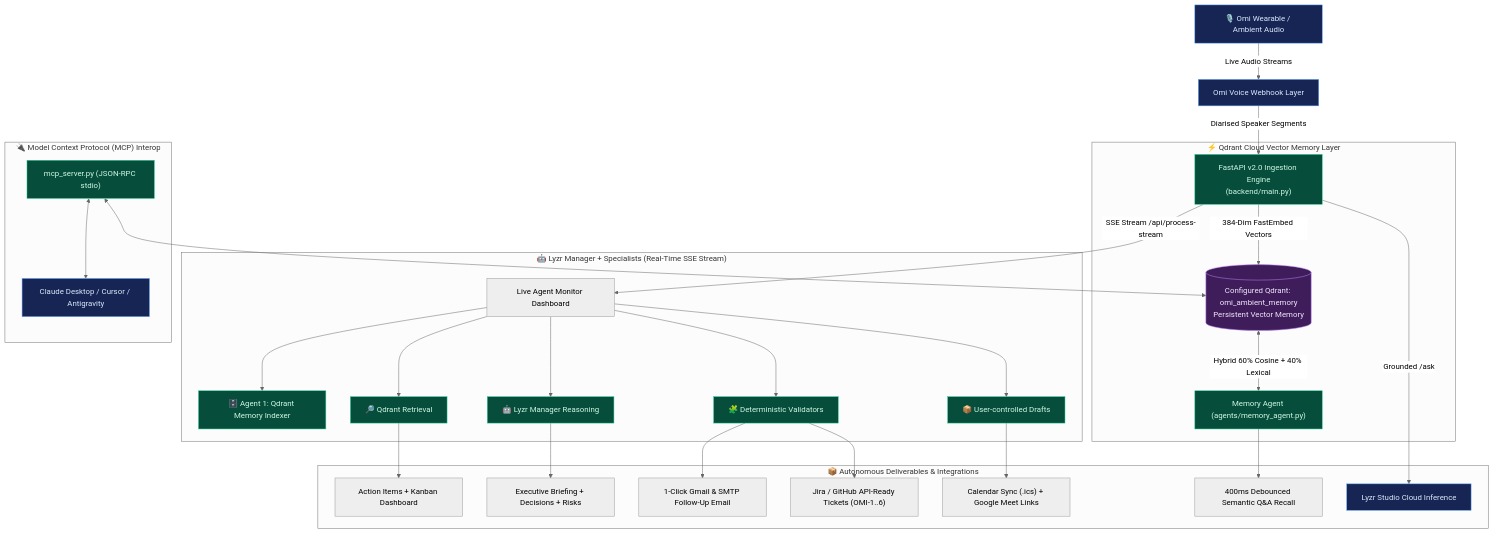
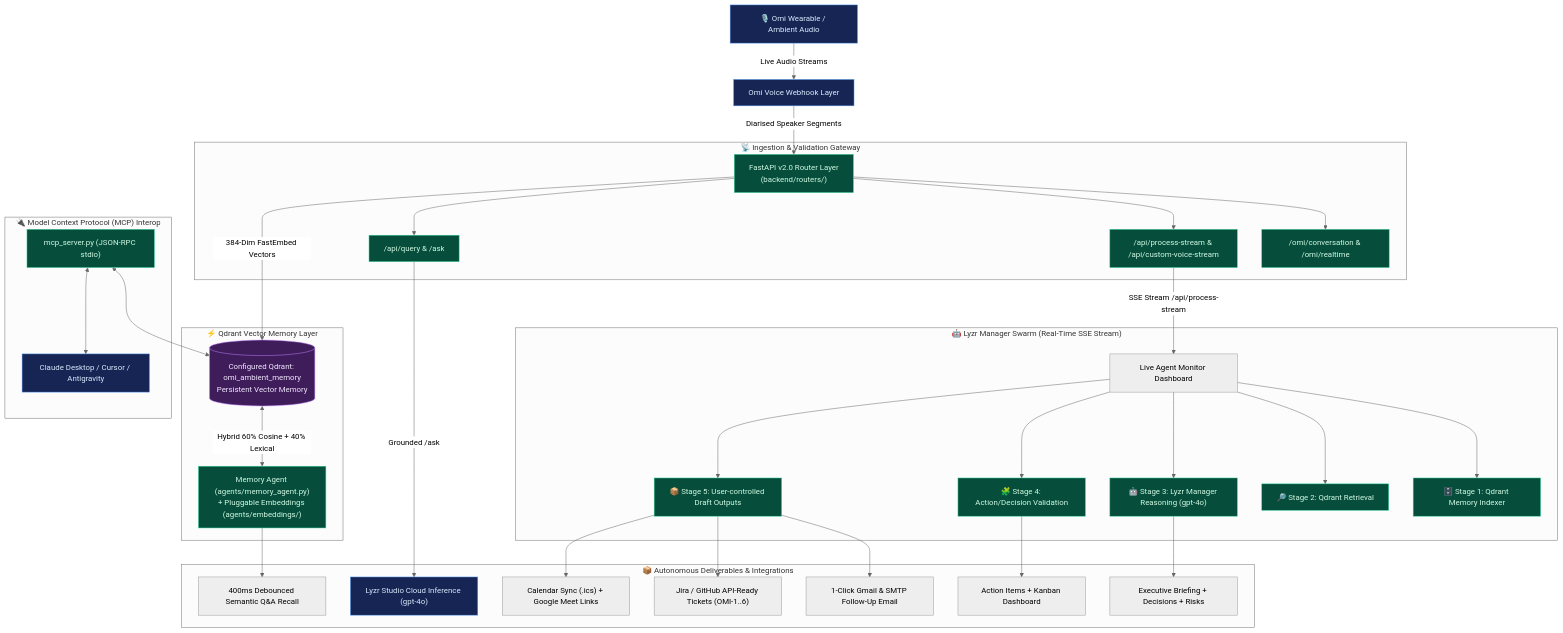
The diagram in README.md (masood-mashu/omimind-agent), drawn with Mermaid (neutral theme) before and after one commit. The commit also changed other lines of this file, not shown here.

Commit message:
docs: update comprehensive README with modular architecture, quality gates, and verified telemetry

````diff
--- a/README.md
+++ b/README.md
@@ -63,41 +66,47 @@
 ```mermaid
 flowchart TD
     User["🎙️ Omi Wearable / Ambient Audio"] -->|Live Audio Streams| Omi["Omi Voice Webhook Layer"]
-    Omi -->|Diarised Speaker Segments| FastAPIServer["FastAPI v2.0 Ingestion Engine<br/>(backend/main.py)"]
+    Omi -->|Diarised Speaker Segments| FastAPIServer["FastAPI v2.0 Router Layer<br/>(backend/routers/)"]
 
-    subgraph QDRANT ["⚡ Qdrant Cloud Vector Memory Layer"]
-        FastAPIServer -->|384-Dim FastEmbed Vectors| Qdrant[("Configured Qdrant: omi_ambient_memory<br/>Persistent Vector Memory")]
-        Qdrant <-->|Hybrid 60% Cosine + 40% Lexical| MemAgent["Memory Agent (agents/memory_agent.py)"]
+    subgraph INGESTION ["📡 Ingestion & Validation Gateway"]
+        FastAPIServer --> R1["/omi/conversation & /omi/realtime"]
+        FastAPIServer --> R2["/api/process-stream & /api/custom-voice-stream"]
+        FastAPIServer --> R3["/api/query & /ask"]
     end
 
-    subgraph LYZR ["🤖 Lyzr Manager + Specialists (Real-Time SSE Stream)"]
-        FastAPIServer -->|SSE Stream /api/process-stream| Stream["Live Agent Monitor Dashboard"]
-        Stream --> A1["🗄️ Agent 1: Qdrant Memory Indexer"]
-        Stream --> A2["🔎 Qdrant Retrieval"]
-        Stream --> A3["🤖 Lyzr Manager Reasoning"]
-        Stream --> A4["🧩 Deterministic Validators"]
-        Stream --> A5["📦 User-controlled Drafts"]
+    subgraph QDRANT ["⚡ Qdrant Vector Memory Layer"]
+        FastAPIServer -->|384-Dim FastEmbed Vectors| Qdrant[("Configured Qdrant: omi_ambient_memory<br/>Persistent Vector Memory")]
+        Qdrant <-->|Hybrid 60% Cosine + 40% Lexical| MemAgent["Memory Agent (agents/memory_agent.py)<br/>+ Pluggable Embeddings (agents/embeddings/)"]
+    end
+
+    subgraph LYZR ["🤖 Lyzr Manager Swarm (Real-Time SSE Stream)"]
+        R2 -->|SSE Stream /api/process-stream| Stream["Live Agent Monitor Dashboard"]
+        Stream --> A1["🗄️ Stage 1: Qdrant Memory Indexer"]
+        Stream --> A2["🔎 Stage 2: Qdrant Retrieval"]
+        Stream --> A3["🤖 Stage 3: Lyzr Manager Reasoning (gpt-4o)"]
+        Stream --> A4["🧩 Stage 4: Action/Decision Validation"]
+        Stream --> A5["📦 Stage 5: User-controlled Draft Outputs"]
     end
 
     subgraph OUTPUTS ["📦 Autonomous Deliverables & Integrations"]
-        A2 --> Actions["Action Items + Kanban Dashboard"]
+        A4 --> Actions["Action Items + Kanban Dashboard"]
         A3 --> Dossier["Executive Briefing + Decisions + Risks"]
-        A4 --> Email["1-Click Gmail & SMTP Follow-Up Email"]
-        A4 --> Jira["Jira / GitHub API-Ready Tickets (OMI-1..6)"]
+        A5 --> Email["1-Click Gmail & SMTP Follow-Up Email"]
+        A5 --> Jira["Jira / GitHub API-Ready Tickets (OMI-1..6)"]
         A5 --> Calendar["Calendar Sync (.ics) + Google Meet Links"]
         MemAgent --> QnA["400ms Debounced Semantic Q&A Recall"]
-        FastAPIServer -->|Grounded /ask| LyzrStudio["Lyzr Studio Cloud Inference"]
+        R3 -->|Grounded /ask| LyzrStudio["Lyzr Studio Cloud Inference (gpt-4o)"]
     end
 
     subgraph MCP ["🔌 Model Context Protocol (MCP) Interop"]
         MCP_Server["mcp_server.py (JSON-RPC stdio)"] <--> Qdrant
         MCP_Server <--> ExternalAgents["Claude Desktop / Cursor / Antigravity"]
     end
 
     classDef external fill:#172554,stroke:#60a5fa,color:#dbeafe;
     classDef service fill:#064e3b,stroke:#34d399,color:#d1fae5;
     classDef store fill:#3f1d5b,stroke:#c084fc,color:#f3e8ff;
     class User,Omi,LyzrStudio,ExternalAgents external;
-    class FastAPIServer,MemAgent,A1,A2,A3,A4,A5,MCP_Server service;
+    class FastAPIServer,R1,R2,R3,MemAgent,A1,A2,A3,A4,A5,MCP_Server service;
     class Qdrant store;
 ```
````
